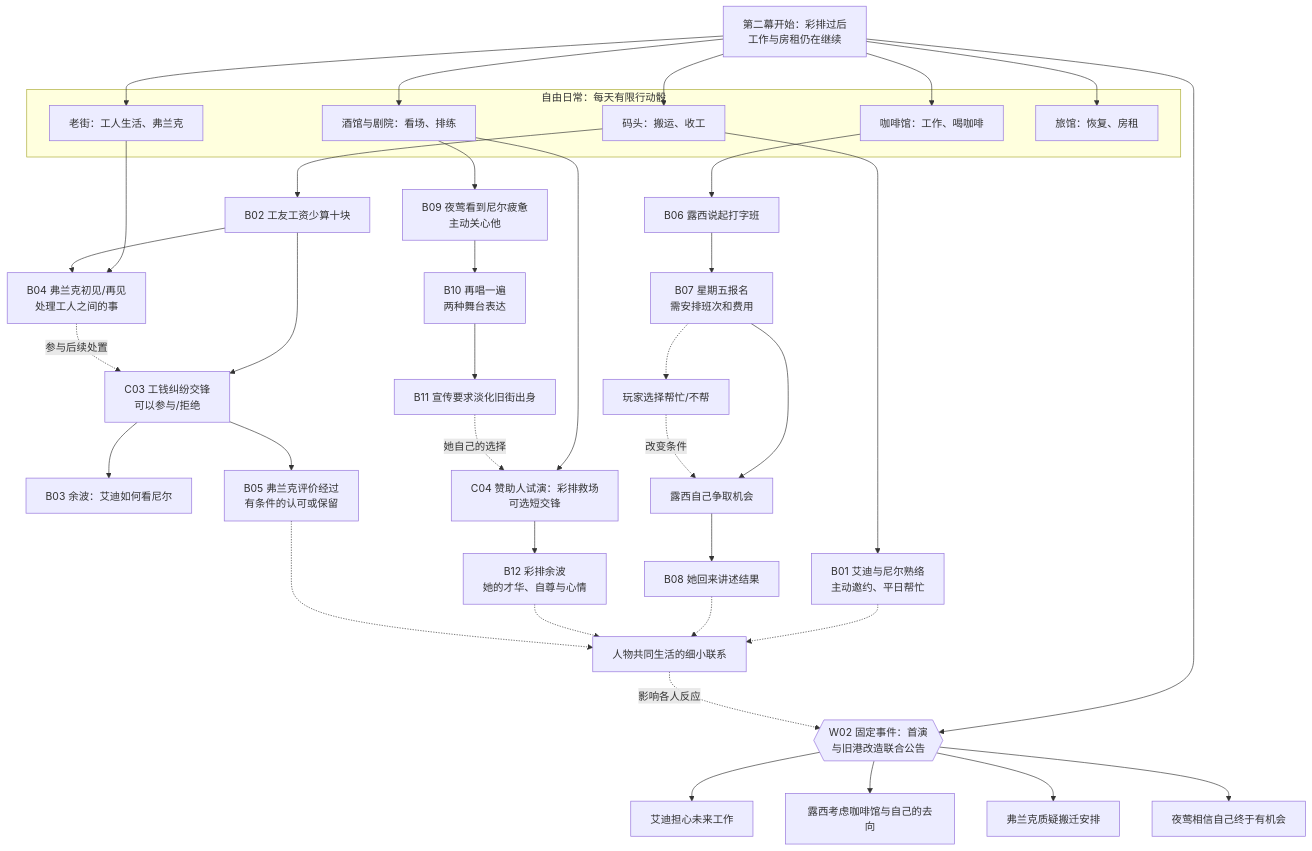
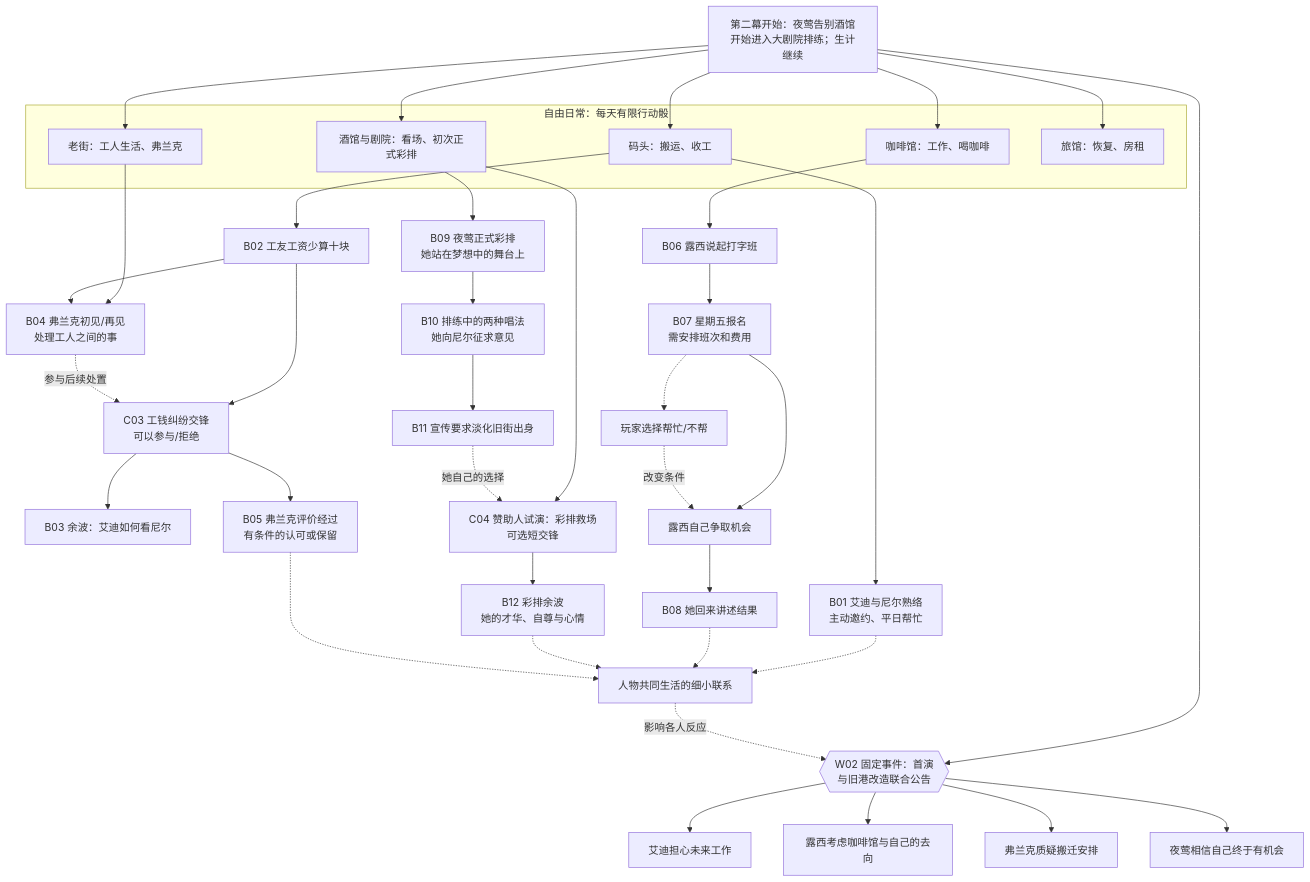
The first of 7 diagrams in docs/章节内容手稿/第一章_人物与交锋设计/02_第二幕_这里有我的朋友_内容网络与交锋.md (guopanqi/ssnoir), drawn with Mermaid before and after one commit. The commit also changed other lines of this file, not shown here.

````diff
--- a/docs/章节内容手稿/第一章_人物与交锋设计/02_第二幕_这里有我的朋友_内容网络与交锋.md
+++ b/docs/章节内容手稿/第一章_人物与交锋设计/02_第二幕_这里有我的朋友_内容网络与交锋.md
@@ -23,53 +33,53 @@
 ```mermaid
 flowchart TD
-    A["第二幕开始：彩排过后<br/>工作与房租仍在继续"]
+    A["第二幕开始：夜莺告别酒馆<br/>开始进入大剧院排练；生计继续"]
 
     subgraph LIFE["自由日常：每天有限行动骰"]
         B["码头：搬运、收工"]
         C["咖啡馆：工作、喝咖啡"]
-        D["酒馆与剧院：看场、排练"]
+        D["酒馆与剧院：看场、初次正式彩排"]
         E["老街：工人生活、弗兰克"]
         F["旅馆：恢复、房租"]
     end
     A --> B
     A --> C
     A --> D
     A --> E
     A --> F
 
     B --> G["B01 艾迪与尼尔熟络<br/>主动邀约、平日帮忙"]
     B --> H["B02 工友工资少算十块"]
     H --> I["C03 工钱纠纷交锋<br/>可以参与/拒绝"]
     I --> J["B03 余波：艾迪如何看尼尔"]
 
     E --> K["B04 弗兰克初见/再见<br/>处理工人之间的事"]
     H --> K
     K -.参与后续处置.-> I
     I --> L["B05 弗兰克评价经过<br/>有条件的认可或保留"]
 
     C --> M["B06 露西说起打字班"]
     M --> N["B07 星期五报名<br/>需安排班次和费用"]
     N -.-> O["玩家选择帮忙/不帮"]
     N --> P["露西自己争取机会"]
     O -.改变条件.-> P
     P --> Q["B08 她回来讲述结果"]
 
-    D --> R["B09 夜莺看到尼尔疲惫<br/>主动关心他"]
-    R --> S["B10 再唱一遍<br/>两种舞台表达"]
+    D --> R["B09 夜莺正式彩排<br/>她站在梦想中的舞台上"]
+    R --> S["B10 排练中的两种唱法<br/>她向尼尔征求意见"]
     S --> T["B11 宣传要求淡化旧街出身"]
     D --> U["C04 赞助人试演：彩排救场<br/>可选短交锋"]
     T -.她自己的选择.-> U
     U --> V["B12 彩排余波<br/>她的才华、自尊与心情"]
 
     G -.-> W["人物共同生活的细小联系"]
     Q -.-> W
     V -.-> W
     L -.-> W
 
     A --> X{{"W02 固定事件：首演<br/>与旧港改造联合公告"}}
     W -.影响各人反应.-> X
     X --> Y["艾迪担心未来工作"]
     X --> Z["露西考虑咖啡馆与自己的去向"]
     X --> AA["弗兰克质疑搬迁安排"]
     X --> AB["夜莺相信自己终于有机会"]
 ```
````
